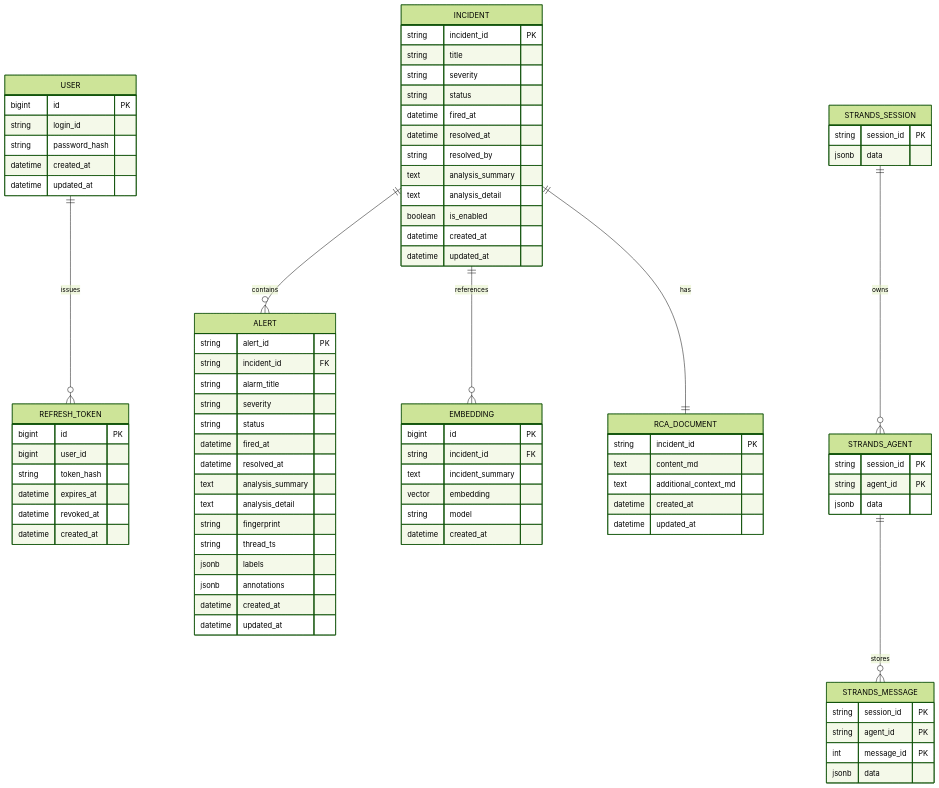
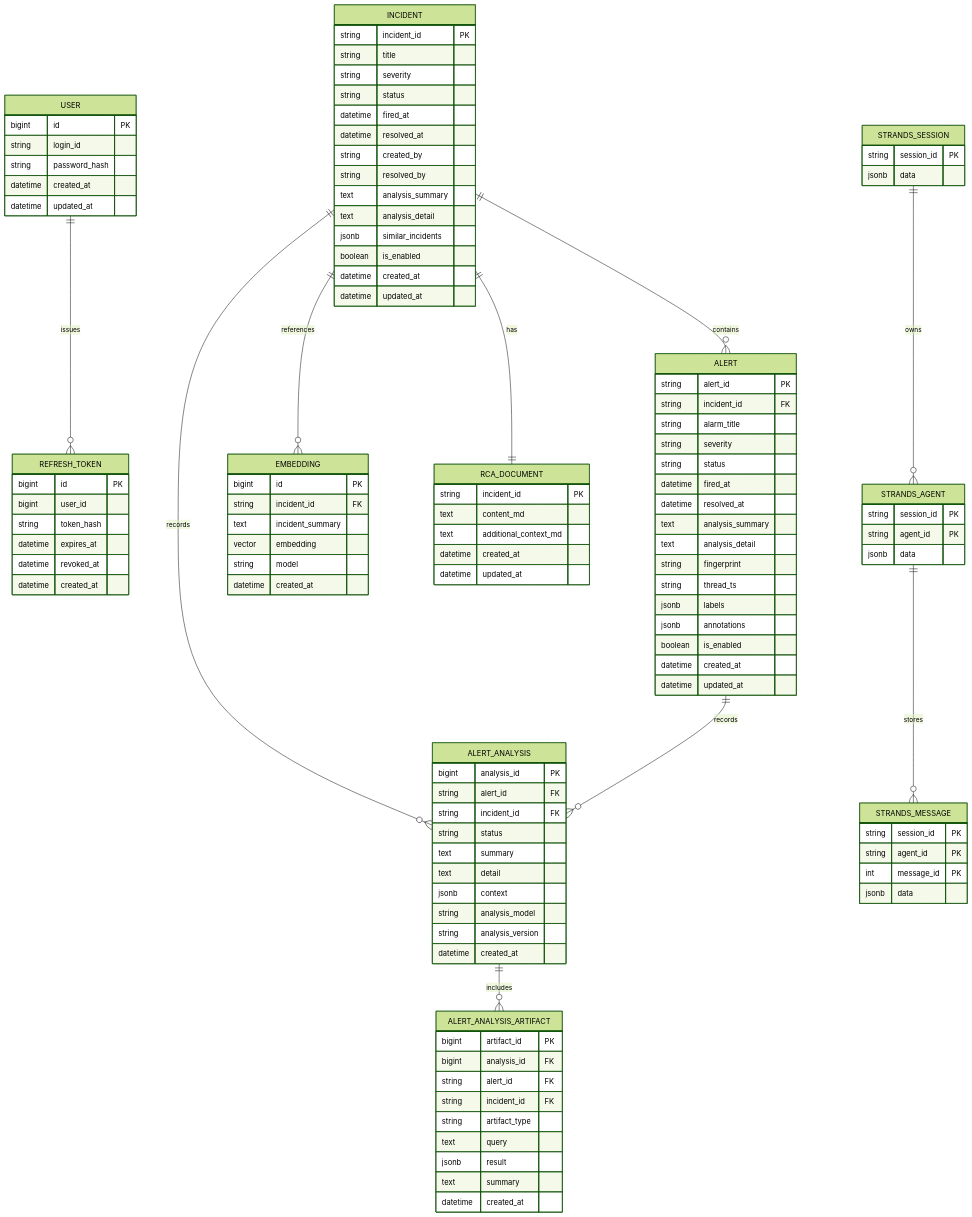
One commit to kube-rca/kuberca changed the diagram in docs/diagrams/entity_relationship_diagram.md. Above: the diagram before and after it, drawn with Mermaid (forest theme). The commit also changed other lines of this file and 3 other files, not shown here.

Commit message:
docs(github): sync diagrams and project docs

```diff
--- a/docs/diagrams/entity_relationship_diagram.md
+++ b/docs/diagrams/entity_relationship_diagram.md
@@ -9,6 +10,9 @@
   USER ||--o{ REFRESH_TOKEN : issues
   INCIDENT ||--o{ ALERT : contains
   INCIDENT ||--o{ EMBEDDING : references
+  INCIDENT ||--o{ ALERT_ANALYSIS : records
+  ALERT ||--o{ ALERT_ANALYSIS : records
+  ALERT_ANALYSIS ||--o{ ALERT_ANALYSIS_ARTIFACT : includes
   INCIDENT ||--|| RCA_DOCUMENT : has
   STRANDS_SESSION ||--o{ STRANDS_AGENT : owns
   STRANDS_AGENT ||--o{ STRANDS_MESSAGE : stores
@@ -37,9 +41,11 @@
     string status
     datetime fired_at
     datetime resolved_at
+    string created_by
     string resolved_by
     text analysis_summary
     text analysis_detail
+    jsonb similar_incidents
     boolean is_enabled
     datetime created_at
     datetime updated_at
@@ -59,8 +65,34 @@
     string thread_ts
     jsonb labels
     jsonb annotations
+    boolean is_enabled
     datetime created_at
     datetime updated_at
+  }
+
+  ALERT_ANALYSIS {
+    bigint analysis_id PK
+    string alert_id FK
+    string incident_id FK
+    string status
+    text summary
+    text detail
+    jsonb context
+    string analysis_model
+    string analysis_version
+    datetime created_at
+  }
+
+  ALERT_ANALYSIS_ARTIFACT {
+    bigint artifact_id PK
+    bigint analysis_id FK
+    string alert_id FK
+    string incident_id FK
+    string artifact_type
+    text query
+    jsonb result
+    text summary
+    datetime created_at
   }
 
   EMBEDDING {
```
